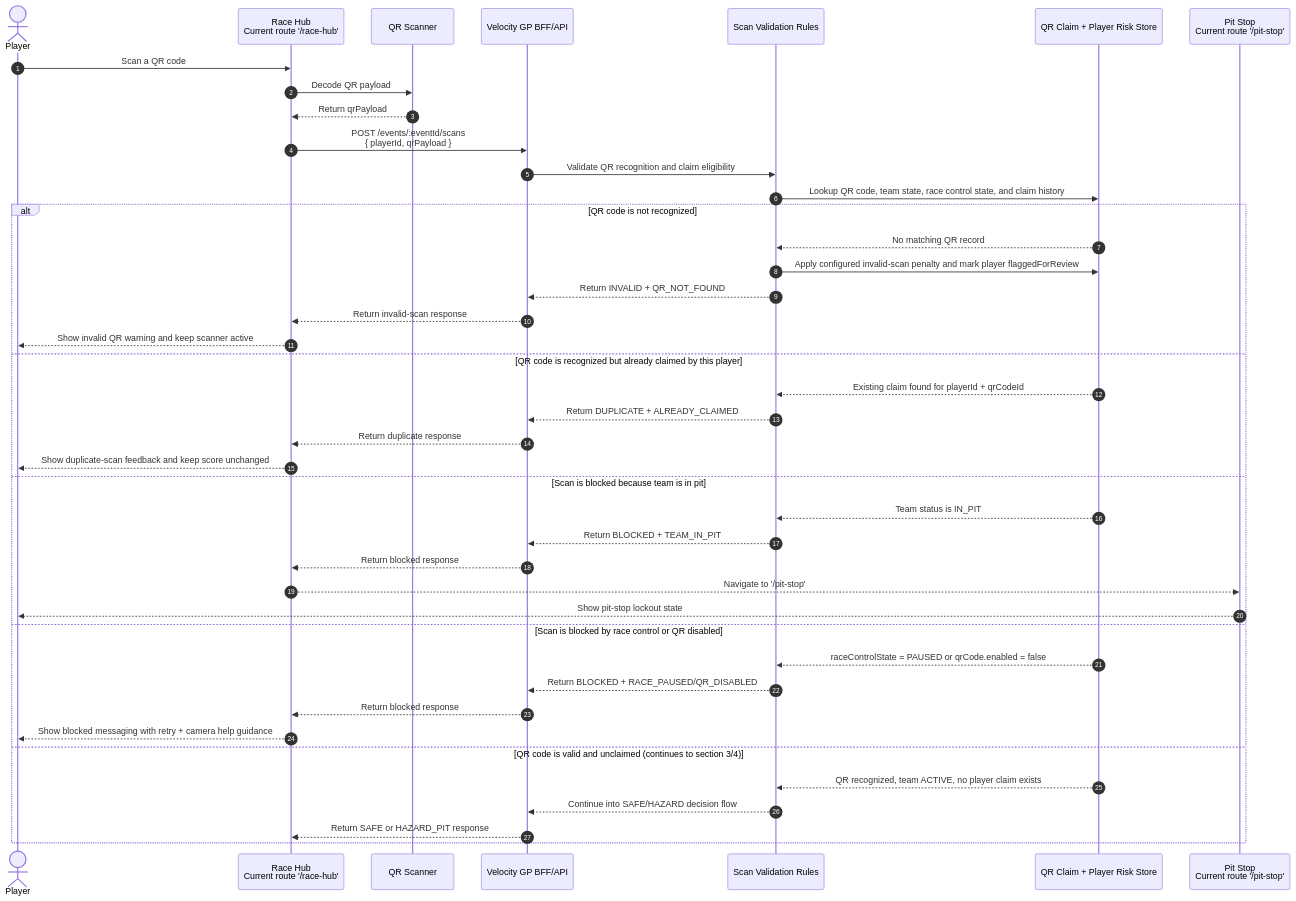
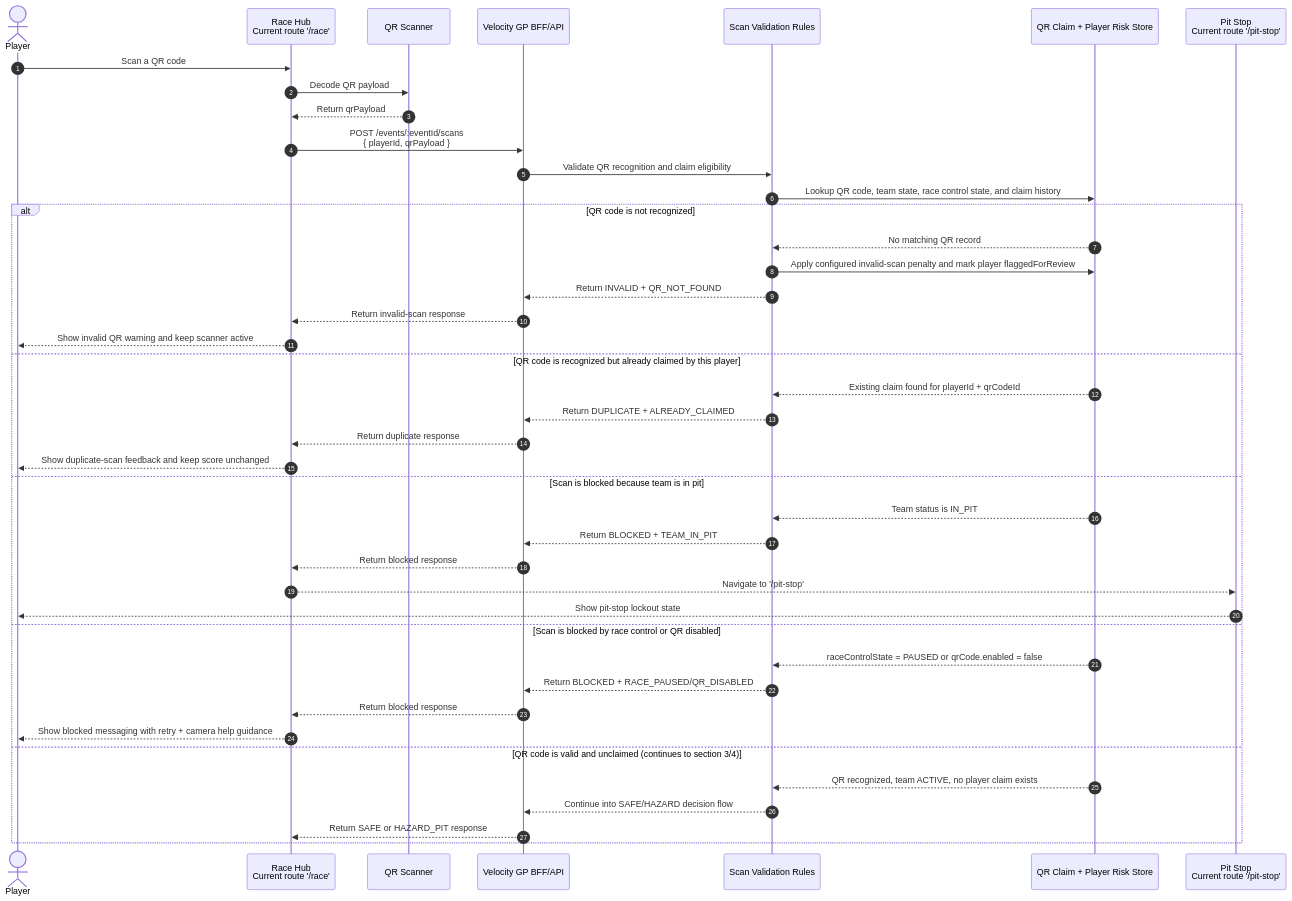
Before and after one commit to Helios-NOT-DEP/velocity-gp: the fifth of 8 diagrams in docs/product/player-flow-diagrams.md, drawn with Mermaid. The commit also changed other lines of this file and 14 other files, not shown here.

````diff
--- a/docs/product/player-flow-diagrams.md
+++ b/docs/product/player-flow-diagrams.md
@@ -206,46 +206,46 @@
 ```mermaid
 sequenceDiagram
   autonumber
   actor Player
-  participant RaceHubUI as Race Hub<br/>Current route '/race-hub'
+  participant RaceHubUI as Race Hub<br/>Current route '/race'
   participant Scanner as QR Scanner
   participant BFF as Velocity GP BFF/API
   participant Rules as Scan Validation Rules
   participant Store as QR Claim + Player Risk Store
   participant PitStopUI as Pit Stop<br/>Current route '/pit-stop'
 
   Player->>RaceHubUI: Scan a QR code
   RaceHubUI->>Scanner: Decode QR payload
   Scanner-->>RaceHubUI: Return qrPayload
   RaceHubUI->>BFF: POST /events/:eventId/scans<br/>{ playerId, qrPayload }
   BFF->>Rules: Validate QR recognition and claim eligibility
   Rules->>Store: Lookup QR code, team state, race control state, and claim history
 
   alt QR code is not recognized
     Store-->>Rules: No matching QR record
     Rules->>Store: Apply configured invalid-scan penalty and mark player flaggedForReview
     Rules-->>BFF: Return INVALID + QR_NOT_FOUND
     BFF-->>RaceHubUI: Return invalid-scan response
     RaceHubUI-->>Player: Show invalid QR warning and keep scanner active
   else QR code is recognized but already claimed by this player
     Store-->>Rules: Existing claim found for playerId + qrCodeId
     Rules-->>BFF: Return DUPLICATE + ALREADY_CLAIMED
     BFF-->>RaceHubUI: Return duplicate response
     RaceHubUI-->>Player: Show duplicate-scan feedback and keep score unchanged
   else Scan is blocked because team is in pit
     Store-->>Rules: Team status is IN_PIT
     Rules-->>BFF: Return BLOCKED + TEAM_IN_PIT
     BFF-->>RaceHubUI: Return blocked response
     RaceHubUI-->>PitStopUI: Navigate to '/pit-stop'
     PitStopUI-->>Player: Show pit-stop lockout state
   else Scan is blocked by race control or QR disabled
     Store-->>Rules: raceControlState = PAUSED or qrCode.enabled = false
     Rules-->>BFF: Return BLOCKED + RACE_PAUSED/QR_DISABLED
     BFF-->>RaceHubUI: Return blocked response
     RaceHubUI-->>Player: Show blocked messaging with retry + camera help guidance
   else QR code is valid and unclaimed (continues to section 3/4)
     Store-->>Rules: QR recognized, team ACTIVE, no player claim exists
     Rules-->>BFF: Continue into SAFE/HAZARD decision flow
     BFF-->>RaceHubUI: Return SAFE or HAZARD_PIT response
   end
 ```
````
